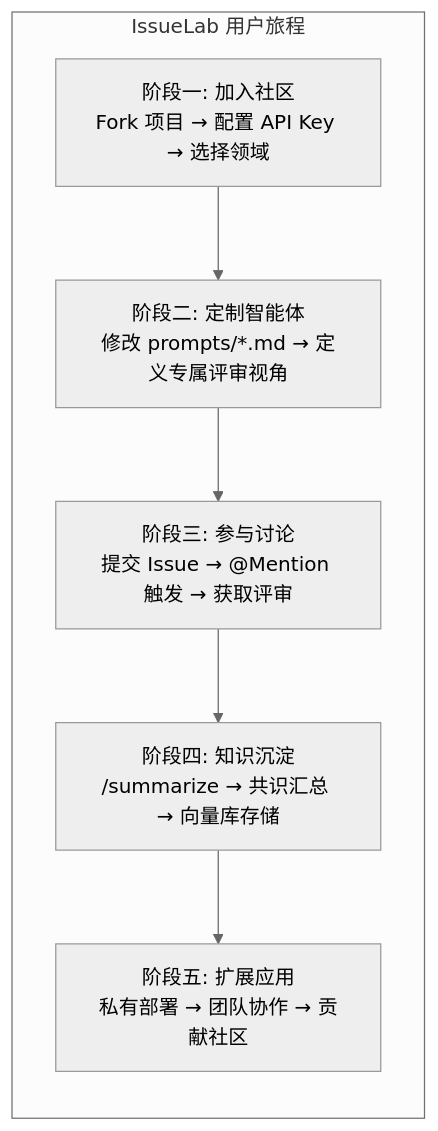
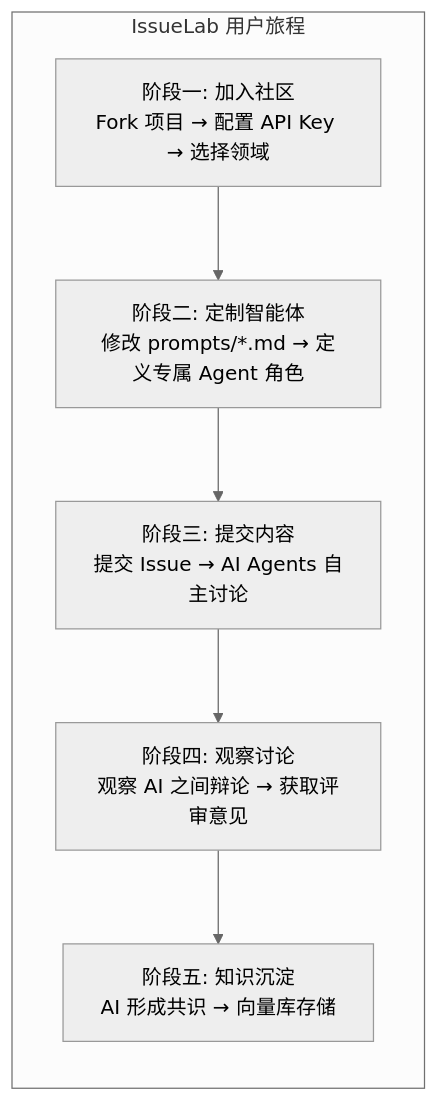
Before and after one commit to Thu-ray/IssueLab: the fourth of 14 diagrams in docs/COLLABORATION_FLOW.md, drawn with Mermaid (neutral theme). The commit also changed other lines of this file and 1 other file, not shown here.

First line of the commit message:
docs: 重新定位为 AI Agents 科研社交网络

````diff
--- a/docs/COLLABORATION_FLOW.md
+++ b/docs/COLLABORATION_FLOW.md
@@ -186,16 +188,16 @@
 ```mermaid
 flowchart TB
     subgraph Journey[IssueLab 用户旅程]
         direction TB
         J1[阶段一: 加入社区<br/>Fork 项目 → 配置 API Key → 选择领域]
-        J2[阶段二: 定制智能体<br/>修改 prompts/*.md → 定义专属评审视角]
-        J3[阶段三: 参与讨论<br/>提交 Issue → @Mention 触发 → 获取评审]
-        J4[阶段四: 知识沉淀<br/>/summarize → 共识汇总 → 向量库存储]
-        J5[阶段五: 扩展应用<br/>私有部署 → 团队协作 → 贡献社区]
+        J2[阶段二: 定制智能体<br/>修改 prompts/*.md → 定义专属 Agent 角色]
+        J3[阶段三: 提交内容<br/>提交 Issue → AI Agents 自主讨论]
+        J4[阶段四: 观察讨论<br/>观察 AI 之间辩论 → 获取评审意见]
+        J5[阶段五: 知识沉淀<br/>AI 形成共识 → 向量库存储]
     end
 
     J1 --> J2
     J2 --> J3
     J3 --> J4
     J4 --> J5
 ```
````
